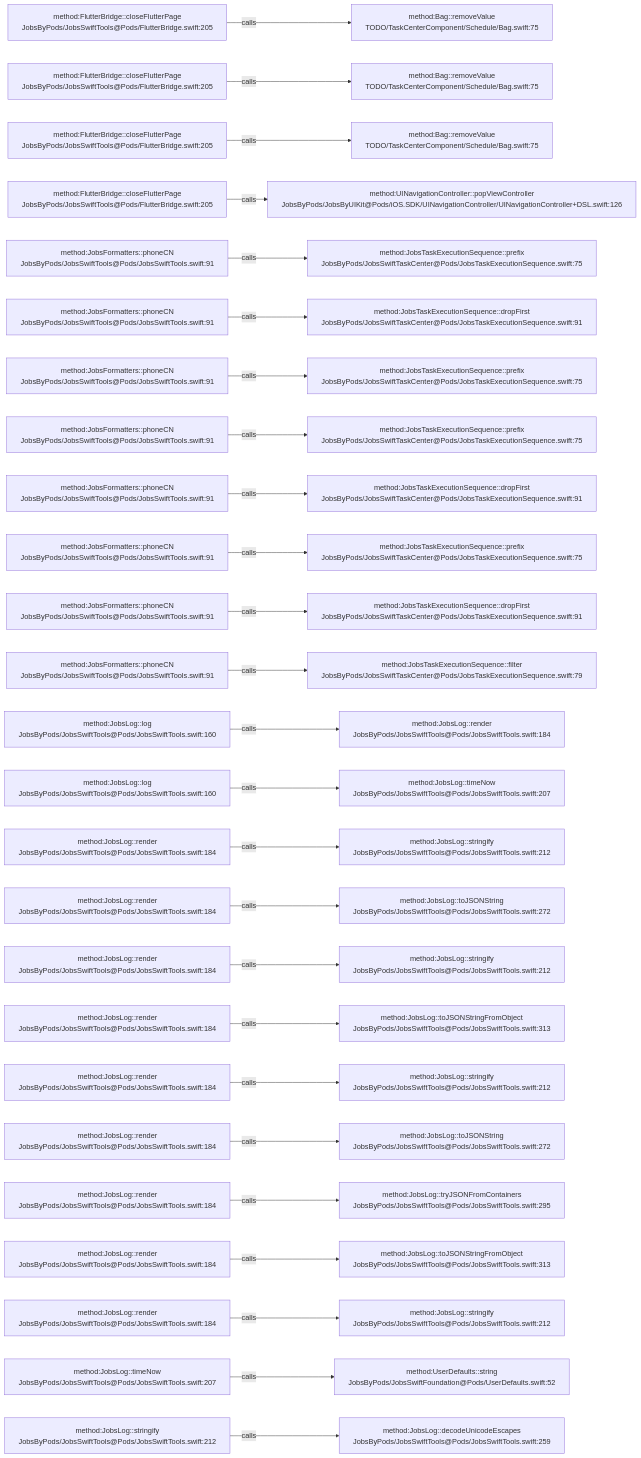
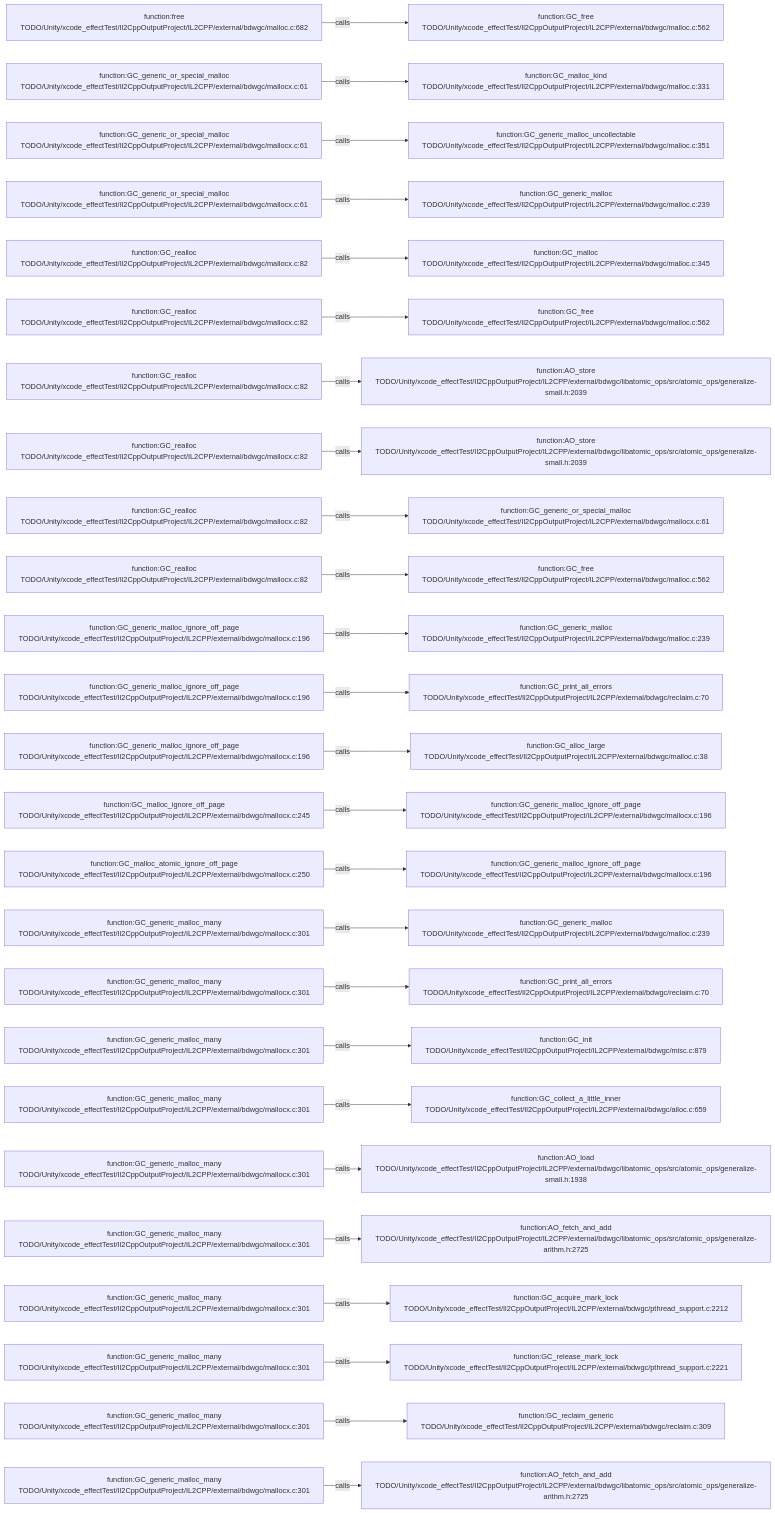
The diagram in .codegraph/codegraph.md/graphs/calls-194.md (JobsKits/JobsSwiftBaseConfigDemo), drawn with Mermaid before and after one commit. The commit also changed 569 other files, not shown here.

````diff
--- a/.codegraph/codegraph.md/graphs/calls-194.md
+++ b/.codegraph/codegraph.md/graphs/calls-194.md
@@ -13,78 +13,78 @@
 ```mermaid
 flowchart LR
-  S1["method:FlutterBridge::closeFlutterPage<br/>JobsByPods/JobsSwiftTools@Pods/FlutterBridge.swift:205"]
-  T1["method:Bag::removeValue<br/>TODO/TaskCenterComponent/Schedule/Bag.swift:75"]
+  S1["function:free<br/>TODO/Unity/xcode_effectTest/Il2CppOutputProject/IL2CPP/external/bdwgc/malloc.c:682"]
+  T1["function:GC_free<br/>TODO/Unity/xcode_effectTest/Il2CppOutputProject/IL2CPP/external/bdwgc/malloc.c:562"]
   S1 -->|calls| T1
-  S2["method:FlutterBridge::closeFlutterPage<br/>JobsByPods/JobsSwiftTools@Pods/FlutterBridge.swift:205"]
-  T2["method:Bag::removeValue<br/>TODO/TaskCenterComponent/Schedule/Bag.swift:75"]
+  S2["function:GC_generic_or_special_malloc<br/>TODO/Unity/xcode_effectTest/Il2CppOutputProject/IL2CPP/external/bdwgc/mallocx.c:61"]
+  T2["function:GC_malloc_kind<br/>TODO/Unity/xcode_effectTest/Il2CppOutputProject/IL2CPP/external/bdwgc/malloc.c:331"]
   S2 -->|calls| T2
-  S3["method:FlutterBridge::closeFlutterPage<br/>JobsByPods/JobsSwiftTools@Pods/FlutterBridge.swift:205"]
-  T3["method:Bag::removeValue<br/>TODO/TaskCenterComponent/Schedule/Bag.swift:75"]
+  S3["function:GC_generic_or_special_malloc<br/>TODO/Unity/xcode_effectTest/Il2CppOutputProject/IL2CPP/external/bdwgc/mallocx.c:61"]
+  T3["function:GC_generic_malloc_uncollectable<br/>TODO/Unity/xcode_effectTest/Il2CppOutputProject/IL2CPP/external/bdwgc/malloc.c:351"]
   S3 -->|calls| T3
-  S4["method:FlutterBridge::closeFlutterPage<br/>JobsByPods/JobsSwiftTools@Pods/FlutterBridge.swift:205"]
-  T4["method:UINavigationController::popViewController<br/>JobsByPods/JobsByUIKit@Pods/iOS.SDK/UINavigationController/UINavigationController+DSL.swift:126"]
+  S4["function:GC_generic_or_special_malloc<br/>TODO/Unity/xcode_effectTest/Il2CppOutputProject/IL2CPP/external/bdwgc/mallocx.c:61"]
+  T4["function:GC_generic_malloc<br/>TODO/Unity/xcode_effectTest/Il2CppOutputProject/IL2CPP/external/bdwgc/malloc.c:239"]
   S4 -->|calls| T4
-  S5["method:JobsFormatters::phoneCN<br/>JobsByPods/JobsSwiftTools@Pods/JobsSwiftTools.swift:91"]
-  T5["method:JobsTaskExecutionSequence::prefix<br/>JobsByPods/JobsSwiftTaskCenter@Pods/JobsTaskExecutionSequence.swift:75"]
+  S5["function:GC_realloc<br/>TODO/Unity/xcode_effectTest/Il2CppOutputProject/IL2CPP/external/bdwgc/mallocx.c:82"]
+  T5["function:GC_malloc<br/>TODO/Unity/xcode_effectTest/Il2CppOutputProject/IL2CPP/external/bdwgc/malloc.c:345"]
   S5 -->|calls| T5
-  S6["method:JobsFormatters::phoneCN<br/>JobsByPods/JobsSwiftTools@Pods/JobsSwiftTools.swift:91"]
-  T6["method:JobsTaskExecutionSequence::dropFirst<br/>JobsByPods/JobsSwiftTaskCenter@Pods/JobsTaskExecutionSequence.swift:91"]
+  S6["function:GC_realloc<br/>TODO/Unity/xcode_effectTest/Il2CppOutputProject/IL2CPP/external/bdwgc/mallocx.c:82"]
+  T6["function:GC_free<br/>TODO/Unity/xcode_effectTest/Il2CppOutputProject/IL2CPP/external/bdwgc/malloc.c:562"]
   S6 -->|calls| T6
-  S7["method:JobsFormatters::phoneCN<br/>JobsByPods/JobsSwiftTools@Pods/JobsSwiftTools.swift:91"]
-  T7["method:JobsTaskExecutionSequence::prefix<br/>JobsByPods/JobsSwiftTaskCenter@Pods/JobsTaskExecutionSequence.swift:75"]
+  S7["function:GC_realloc<br/>TODO/Unity/xcode_effectTest/Il2CppOutputProject/IL2CPP/external/bdwgc/mallocx.c:82"]
+  T7["function:AO_store<br/>TODO/Unity/xcode_effectTest/Il2CppOutputProject/IL2CPP/external/bdwgc/libatomic_ops/src/atomic_ops/generalize-small.h:2039"]
   S7 -->|calls| T7
-  S8["method:JobsFormatters::phoneCN<br/>JobsByPods/JobsSwiftTools@Pods/JobsSwiftTools.swift:91"]
-  T8["method:JobsTaskExecutionSequence::prefix<br/>JobsByPods/JobsSwiftTaskCenter@Pods/JobsTaskExecutionSequence.swift:75"]
+  S8["function:GC_realloc<br/>TODO/Unity/xcode_effectTest/Il2CppOutputProject/IL2CPP/external/bdwgc/mallocx.c:82"]
+  T8["function:AO_store<br/>TODO/Unity/xcode_effectTest/Il2CppOutputProject/IL2CPP/external/bdwgc/libatomic_ops/src/atomic_ops/generalize-small.h:2039"]
   S8 -->|calls| T8
-  S9["method:JobsFormatters::phoneCN<br/>JobsByPods/JobsSwiftTools@Pods/JobsSwiftTools.swift:91"]
-  T9["method:JobsTaskExecutionSequence::dropFirst<br/>JobsByPods/JobsSwiftTaskCenter@Pods/JobsTaskExecutionSequence.swift:91"]
+  S9["function:GC_realloc<br/>TODO/Unity/xcode_effectTest/Il2CppOutputProject/IL2CPP/external/bdwgc/mallocx.c:82"]
+  T9["function:GC_generic_or_special_malloc<br/>TODO/Unity/xcode_effectTest/Il2CppOutputProject/IL2CPP/external/bdwgc/mallocx.c:61"]
   S9 -->|calls| T9
-  S10["method:JobsFormatters::phoneCN<br/>JobsByPods/JobsSwiftTools@Pods/JobsSwiftTools.swift:91"]
-  T10["method:JobsTaskExecutionSequence::prefix<br/>JobsByPods/JobsSwiftTaskCenter@Pods/JobsTaskExecutionSequence.swift:75"]
+  S10["function:GC_realloc<br/>TODO/Unity/xcode_effectTest/Il2CppOutputProject/IL2CPP/external/bdwgc/mallocx.c:82"]
+  T10["function:GC_free<br/>TODO/Unity/xcode_effectTest/Il2CppOutputProject/IL2CPP/external/bdwgc/malloc.c:562"]
   S10 -->|calls| T10
-  S11["method:JobsFormatters::phoneCN<br/>JobsByPods/JobsSwiftTools@Pods/JobsSwiftTools.swift:91"]
-  T11["method:JobsTaskExecutionSequence::dropFirst<br/>JobsByPods/JobsSwiftTaskCenter@Pods/JobsTaskExecutionSequence.swift:91"]
+  S11["function:GC_generic_malloc_ignore_off_page<br/>TODO/Unity/xcode_effectTest/Il2CppOutputProject/IL2CPP/external/bdwgc/mallocx.c:196"]
+  T11["function:GC_generic_malloc<br/>TODO/Unity/xcode_effectTest/Il2CppOutputProject/IL2CPP/external/bdwgc/malloc.c:239"]
   S11 -->|calls| T11
-  S12["method:JobsFormatters::phoneCN<br/>JobsByPods/JobsSwiftTools@Pods/JobsSwiftTools.swift:91"]
-  T12["method:JobsTaskExecutionSequence::filter<br/>JobsByPods/JobsSwiftTaskCenter@Pods/JobsTaskExecutionSequence.swift:79"]
+  S12["function:GC_generic_malloc_ignore_off_page<br/>TODO/Unity/xcode_effectTest/Il2CppOutputProject/IL2CPP/external/bdwgc/mallocx.c:196"]
+  T12["function:GC_print_all_errors<br/>TODO/Unity/xcode_effectTest/Il2CppOutputProject/IL2CPP/external/bdwgc/reclaim.c:70"]
   S12 -->|calls| T12
-  S13["method:JobsLog::log<br/>JobsByPods/JobsSwiftTools@Pods/JobsSwiftTools.swift:160"]
-  T13["method:JobsLog::render<br/>JobsByPods/JobsSwiftTools@Pods/JobsSwiftTools.swift:184"]
+  S13["function:GC_generic_malloc_ignore_off_page<br/>TODO/Unity/xcode_effectTest/Il2CppOutputProject/IL2CPP/external/bdwgc/mallocx.c:196"]
+  T13["function:GC_alloc_large<br/>TODO/Unity/xcode_effectTest/Il2CppOutputProject/IL2CPP/external/bdwgc/malloc.c:38"]
   S13 -->|calls| T13
-  S14["method:JobsLog::log<br/>JobsByPods/JobsSwiftTools@Pods/JobsSwiftTools.swift:160"]
-  T14["method:JobsLog::timeNow<br/>JobsByPods/JobsSwiftTools@Pods/JobsSwiftTools.swift:207"]
+  S14["function:GC_malloc_ignore_off_page<br/>TODO/Unity/xcode_effectTest/Il2CppOutputProject/IL2CPP/external/bdwgc/mallocx.c:245"]
+  T14["function:GC_generic_malloc_ignore_off_page<br/>TODO/Unity/xcode_effectTest/Il2CppOutputProject/IL2CPP/external/bdwgc/mallocx.c:196"]
   S14 -->|calls| T14
-  S15["method:JobsLog::render<br/>JobsByPods/JobsSwiftTools@Pods/JobsSwiftTools.swift:184"]
-  T15["method:JobsLog::stringify<br/>JobsByPods/JobsSwiftTools@Pods/JobsSwiftTools.swift:212"]
+  S15["function:GC_malloc_atomic_ignore_off_page<br/>TODO/Unity/xcode_effectTest/Il2CppOutputProject/IL2CPP/external/bdwgc/mallocx.c:250"]
+  T15["function:GC_generic_malloc_ignore_off_page<br/>TODO/Unity/xcode_effectTest/Il2CppOutputProject/IL2CPP/external/bdwgc/mallocx.c:196"]
   S15 -->|calls| T15
-  S16["method:JobsLog::render<br/>JobsByPods/JobsSwiftTools@Pods/JobsSwiftTools.swift:184"]
-  T16["method:JobsLog::toJSONString<br/>JobsByPods/JobsSwiftTools@Pods/JobsSwiftTools.swift:272"]
+  S16["function:GC_generic_malloc_many<br/>TODO/Unity/xcode_effectTest/Il2CppOutputProject/IL2CPP/external/bdwgc/mallocx.c:301"]
+  T16["function:GC_generic_malloc<br/>TODO/Unity/xcode_effectTest/Il2CppOutputProject/IL2CPP/external/bdwgc/malloc.c:239"]
   S16 -->|calls| T16
-  S17["method:JobsLog::render<br/>JobsByPods/JobsSwiftTools@Pods/JobsSwiftTools.swift:184"]
-  T17["method:JobsLog::stringify<br/>JobsByPods/JobsSwiftTools@Pods/JobsSwiftTools.swift:212"]
+  S17["function:GC_generic_malloc_many<br/>TODO/Unity/xcode_effectTest/Il2CppOutputProject/IL2CPP/external/bdwgc/mallocx.c:301"]
+  T17["function:GC_print_all_errors<br/>TODO/Unity/xcode_effectTest/Il2CppOutputProject/IL2CPP/external/bdwgc/reclaim.c:70"]
   S17 -->|calls| T17
-  S18["method:JobsLog::render<br/>JobsByPods/JobsSwiftTools@Pods/JobsSwiftTools.swift:184"]
-  T18["method:JobsLog::toJSONStringFromObject<br/>JobsByPods/JobsSwiftTools@Pods/JobsSwiftTools.swift:313"]
+  S18["function:GC_generic_malloc_many<br/>TODO/Unity/xcode_effectTest/Il2CppOutputProject/IL2CPP/external/bdwgc/mallocx.c:301"]
+  T18["function:GC_init<br/>TODO/Unity/xcode_effectTest/Il2CppOutputProject/IL2CPP/external/bdwgc/misc.c:879"]
   S18 -->|calls| T18
-  S19["method:JobsLog::render<br/>JobsByPods/JobsSwiftTools@Pods/JobsSwiftTools.swift:184"]
-  T19["method:JobsLog::stringify<br/>JobsByPods/JobsSwiftTools@Pods/JobsSwiftTools.swift:212"]
+  S19["function:GC_generic_malloc_many<br/>TODO/Unity/xcode_effectTest/Il2CppOutputProject/IL2CPP/external/bdwgc/mallocx.c:301"]
+  T19["function:GC_collect_a_little_inner<br/>TODO/Unity/xcode_effectTest/Il2CppOutputProject/IL2CPP/external/bdwgc/alloc.c:659"]
   S19 -->|calls| T19
-  S20["method:JobsLog::render<br/>JobsByPods/JobsSwiftTools@Pods/JobsSwiftTools.swift:184"]
-  T20["method:JobsLog::toJSONString<br/>JobsByPods/JobsSwiftTools@Pods/JobsSwiftTools.swift:272"]
+  S20["function:GC_generic_malloc_many<br/>TODO/Unity/xcode_effectTest/Il2CppOutputProject/IL2CPP/external/bdwgc/mallocx.c:301"]
+  T20["function:AO_load<br/>TODO/Unity/xcode_effectTest/Il2CppOutputProject/IL2CPP/external/bdwgc/libatomic_ops/src/atomic_ops/generalize-small.h:1938"]
   S20 -->|calls| T20
-  S21["method:JobsLog::render<br/>JobsByPods/JobsSwiftTools@Pods/JobsSwiftTools.swift:184"]
-  T21["method:JobsLog::tryJSONFromContainers<br/>JobsByPods/JobsSwiftTools@Pods/JobsSwiftTools.swift:295"]
+  S21["function:GC_generic_malloc_many<br/>TODO/Unity/xcode_effectTest/Il2CppOutputProject/IL2CPP/external/bdwgc/mallocx.c:301"]
+  T21["function:AO_fetch_and_add<br/>TODO/Unity/xcode_effectTest/Il2CppOutputProject/IL2CPP/external/bdwgc/libatomic_ops/src/atomic_ops/generalize-arithm.h:2725"]
   S21 -->|calls| T21
-  S22["method:JobsLog::render<br/>JobsByPods/JobsSwiftTools@Pods/JobsSwiftTools.swift:184"]
-  T22["method:JobsLog::toJSONStringFromObject<br/>JobsByPods/JobsSwiftTools@Pods/JobsSwiftTools.swift:313"]
+  S22["function:GC_generic_malloc_many<br/>TODO/Unity/xcode_effectTest/Il2CppOutputProject/IL2CPP/external/bdwgc/mallocx.c:301"]
+  T22["function:GC_acquire_mark_lock<br/>TODO/Unity/xcode_effectTest/Il2CppOutputProject/IL2CPP/external/bdwgc/pthread_support.c:2212"]
   S22 -->|calls| T22
-  S23["method:JobsLog::render<br/>JobsByPods/JobsSwiftTools@Pods/JobsSwiftTools.swift:184"]
-  T23["method:JobsLog::stringify<br/>JobsByPods/JobsSwiftTools@Pods/JobsSwiftTools.swift:212"]
+  S23["function:GC_generic_malloc_many<br/>TODO/Unity/xcode_effectTest/Il2CppOutputProject/IL2CPP/external/bdwgc/mallocx.c:301"]
+  T23["function:GC_release_mark_lock<br/>TODO/Unity/xcode_effectTest/Il2CppOutputProject/IL2CPP/external/bdwgc/pthread_support.c:2221"]
   S23 -->|calls| T23
-  S24["method:JobsLog::timeNow<br/>JobsByPods/JobsSwiftTools@Pods/JobsSwiftTools.swift:207"]
-  T24["method:UserDefaults::string<br/>JobsByPods/JobsSwiftFoundation@Pods/UserDefaults.swift:52"]
+  S24["function:GC_generic_malloc_many<br/>TODO/Unity/xcode_effectTest/Il2CppOutputProject/IL2CPP/external/bdwgc/mallocx.c:301"]
+  T24["function:GC_reclaim_generic<br/>TODO/Unity/xcode_effectTest/Il2CppOutputProject/IL2CPP/external/bdwgc/reclaim.c:309"]
   S24 -->|calls| T24
-  S25["method:JobsLog::stringify<br/>JobsByPods/JobsSwiftTools@Pods/JobsSwiftTools.swift:212"]
-  T25["method:JobsLog::decodeUnicodeEscapes<br/>JobsByPods/JobsSwiftTools@Pods/JobsSwiftTools.swift:259"]
+  S25["function:GC_generic_malloc_many<br/>TODO/Unity/xcode_effectTest/Il2CppOutputProject/IL2CPP/external/bdwgc/mallocx.c:301"]
+  T25["function:AO_fetch_and_add<br/>TODO/Unity/xcode_effectTest/Il2CppOutputProject/IL2CPP/external/bdwgc/libatomic_ops/src/atomic_ops/generalize-arithm.h:2725"]
   S25 -->|calls| T25
 ```
````
